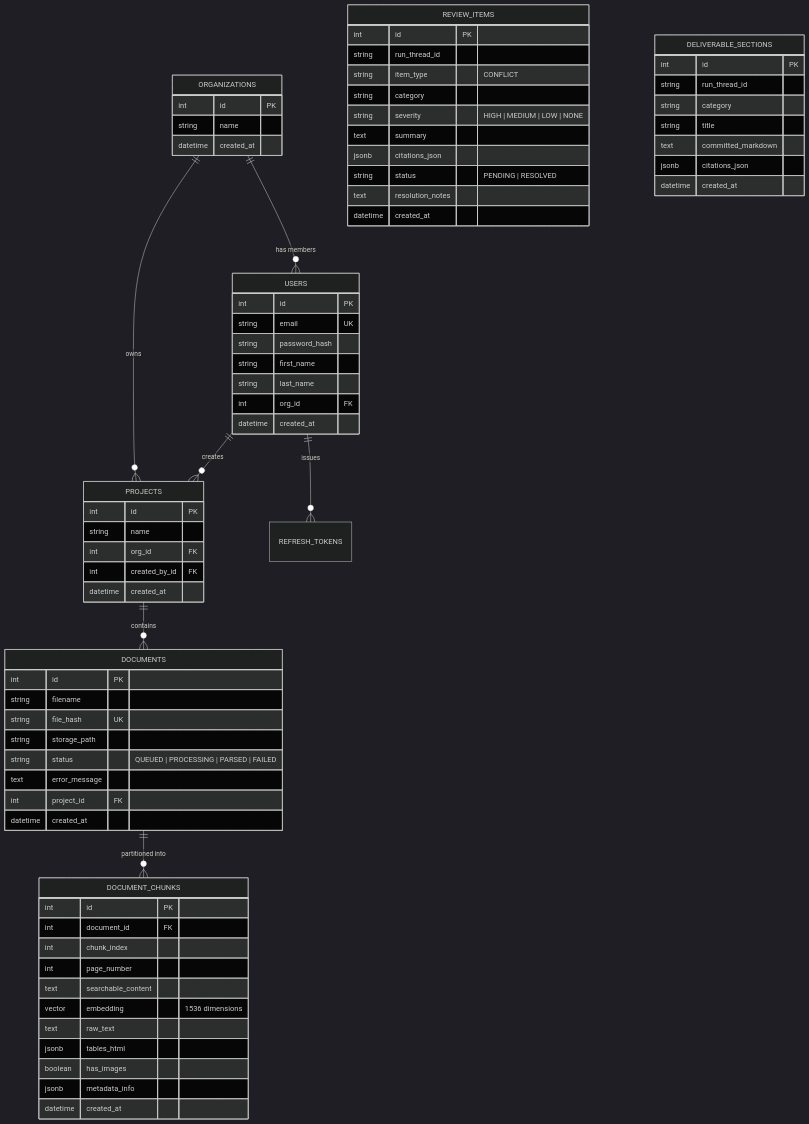
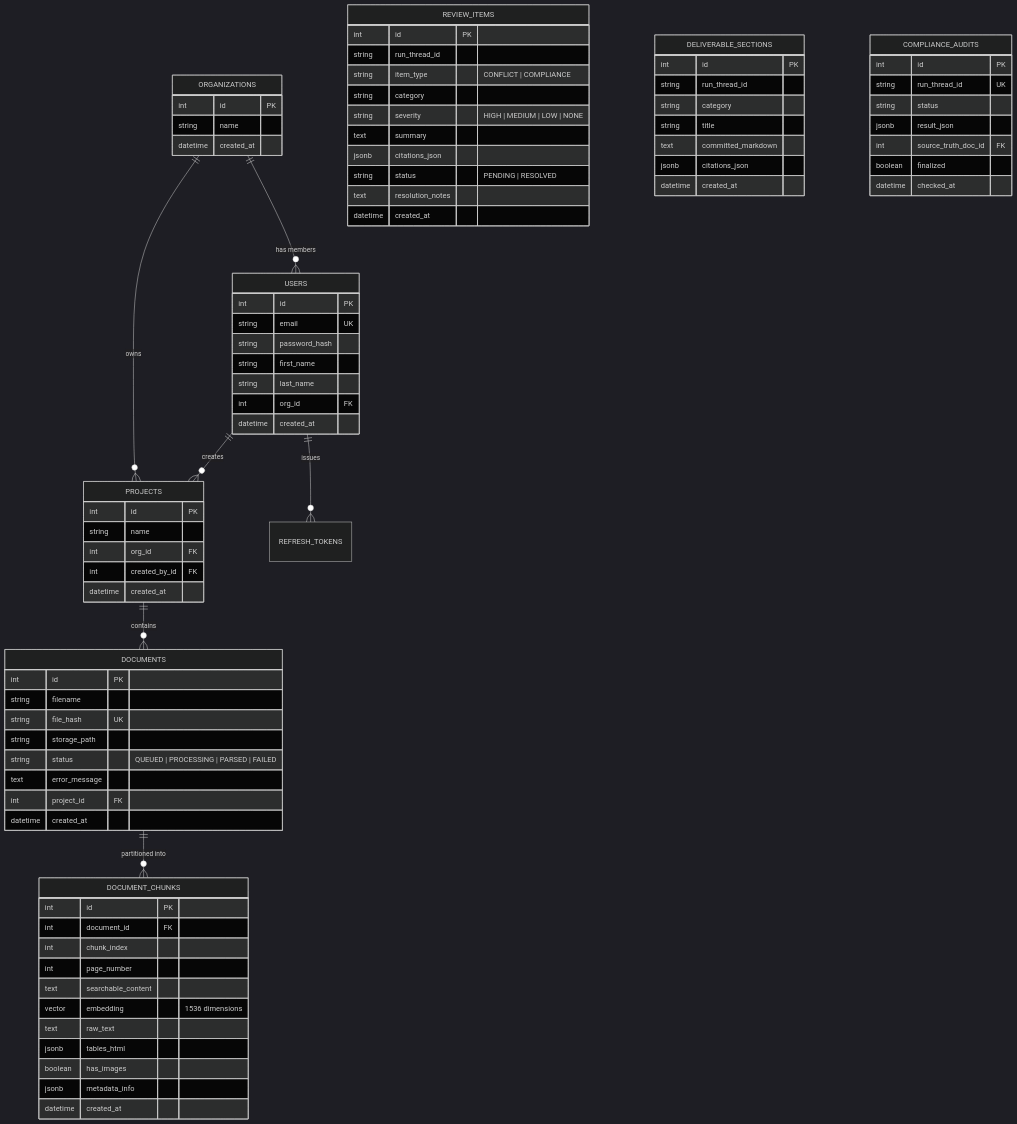
The second of 6 diagrams in DEVELOPER_GUIDE.md (obaidaaman/DocuScope), drawn with Mermaid (dark theme) before and after one commit. The commit also changed other lines of this file and 13 other files, not shown here.

Commit message:
Add source-of-truth deliverable comparison

````diff
--- a/DEVELOPER_GUIDE.md
+++ b/DEVELOPER_GUIDE.md
@@ -118,7 +118,7 @@
     REVIEW_ITEMS {
         int id PK
         string run_thread_id
-        string item_type "CONFLICT"
+        string item_type "CONFLICT | COMPLIANCE"
         string category
         string severity "HIGH | MEDIUM | LOW | NONE"
         text summary
@@ -137,4 +137,14 @@
         jsonb citations_json
         datetime created_at
     }
+
+    COMPLIANCE_AUDITS {
+        int id PK
+        string run_thread_id UK
+        string status
+        jsonb result_json
+        int source_truth_doc_id FK
+        boolean finalized
+        datetime checked_at
+    }
 ```
````
